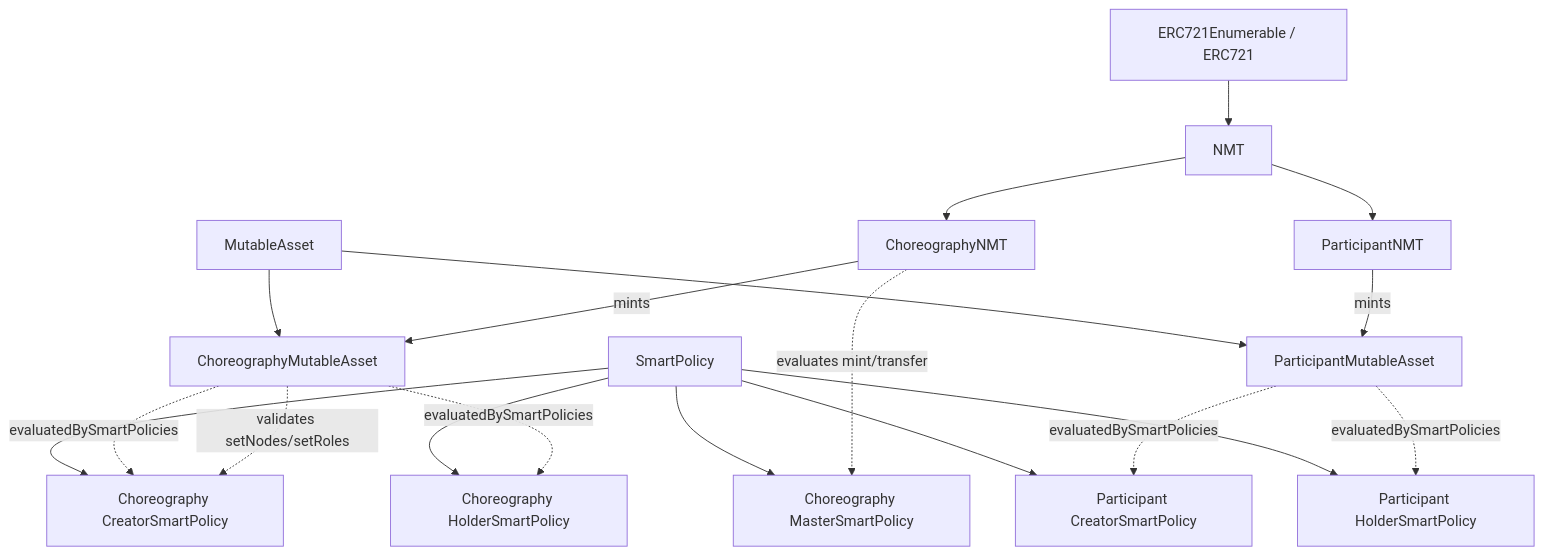
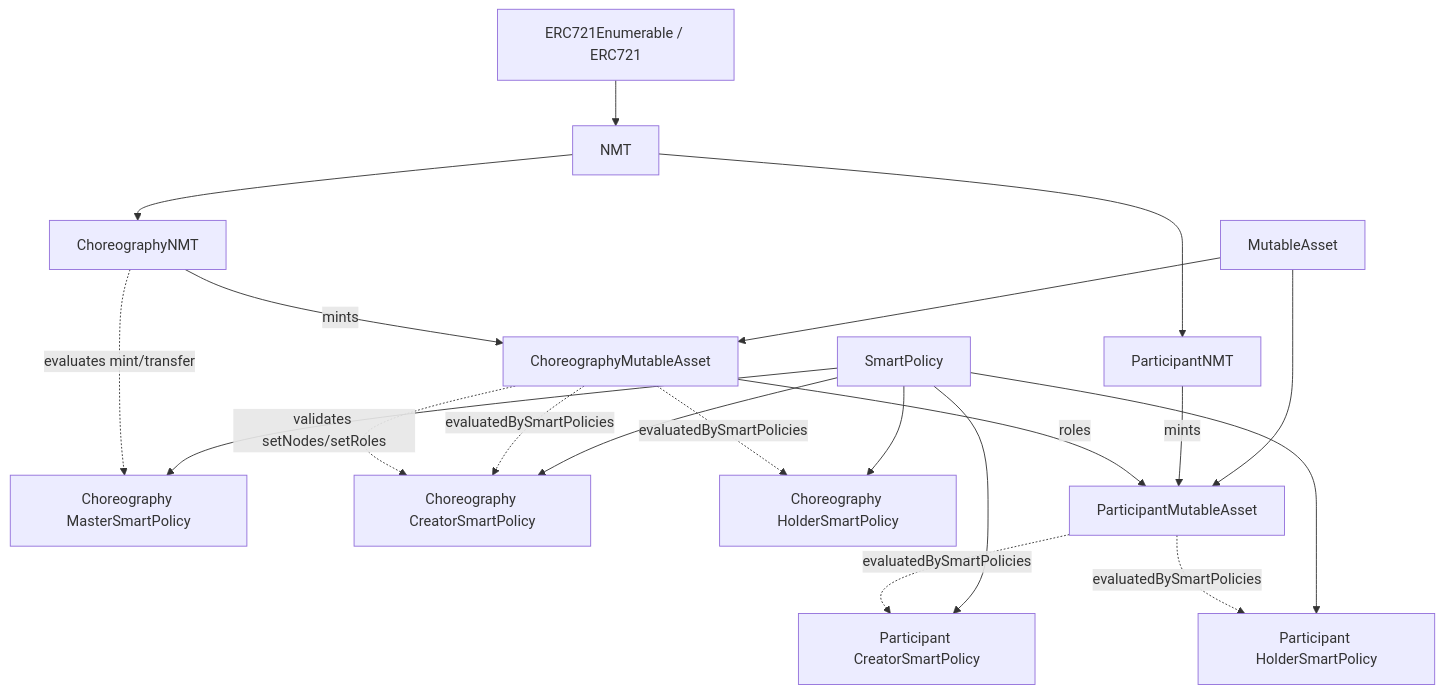
Before and after one commit to d0na/ChorNMT: the first of 3 diagrams in docs/contract-hierarchy.md, drawn with Mermaid. The commit also changed other lines of this file and 1 other file, not shown here.

````diff
--- a/docs/contract-hierarchy.md
+++ b/docs/contract-hierarchy.md
@@ -76,41 +102,42 @@
 ```mermaid
 flowchart TD
   SP[SmartPolicy]
   MA[MutableAsset]
   NMT[NMT]
 
   OZ[ERC721Enumerable / ERC721]
 
   CNMT[ChoreographyNMT]
   CMA[ChoreographyMutableAsset]
   CMSP[Choreography MasterSmartPolicy]
   CCSP[Choreography CreatorSmartPolicy]
   CHSP[Choreography HolderSmartPolicy]
 
   PNMT[ParticipantNMT]
   PMA[ParticipantMutableAsset]
   PCSP[Participant CreatorSmartPolicy]
   PHSP[Participant HolderSmartPolicy]
 
   OZ --> NMT
   SP --> CCSP
   SP --> CHSP
   SP --> CMSP
   SP --> PCSP
   SP --> PHSP
 
   MA --> CMA
   MA --> PMA
   NMT --> CNMT
   NMT --> PNMT
 
   CNMT -- mints --> CMA
   CNMT -. evaluates mint/transfer .-> CMSP
   PNMT -- mints --> PMA
 
   CMA -. evaluatedBySmartPolicies .-> CCSP
   CMA -. evaluatedBySmartPolicies .-> CHSP
   CMA -. validates setNodes/setRoles .-> CCSP
+  CMA -- roles --> PMA
   PMA -. evaluatedBySmartPolicies .-> PCSP
   PMA -. evaluatedBySmartPolicies .-> PHSP
 ```
````
